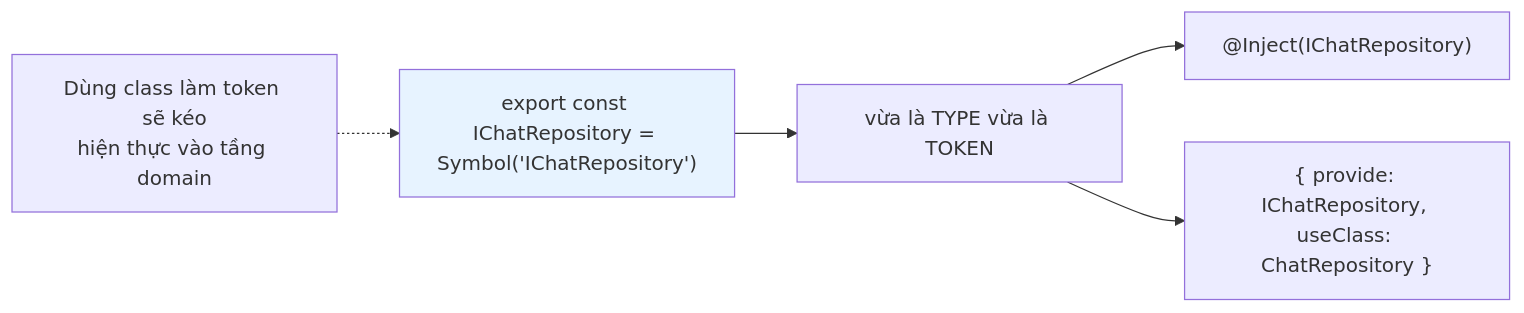
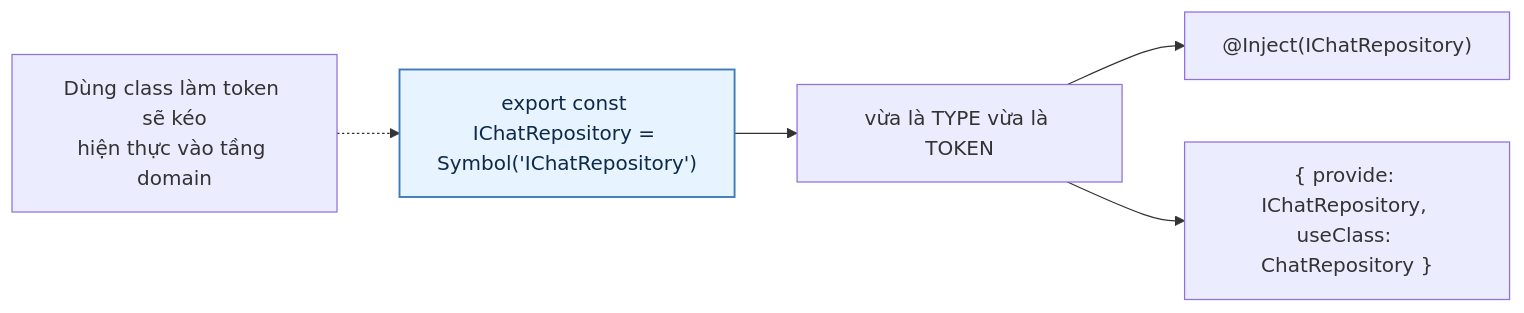
Before and after one commit to fdshn/trueheart: the second of 6 diagrams in docs/diagram/28-architecture.md, drawn with Mermaid. The commit also changed other lines of this file and 30 other files, not shown here.

First line of the commit message:
docs(diagram): chữ trong khối tô màu đọc được ở cả giao diện sáng và tối

````diff
--- a/docs/diagram/28-architecture.md
+++ b/docs/diagram/28-architecture.md
@@ -47,10 +47,10 @@
 ```mermaid
 flowchart LR
     A["export const IChatRepository = Symbol('IChatRepository')"] --> B["vừa là TYPE vừa là TOKEN"]
     B --> C["@Inject(IChatRepository)"]
     B --> D["{ provide: IChatRepository, useClass: ChatRepository }"]
 
     E["Dùng class làm token sẽ kéo<br/>hiện thực vào tầng domain"] -.-> A
 
-    style A fill:#e7f3ff
+    style A fill:#e7f3ff,stroke:#3d7ab8,stroke-width:1.5px,color:#0d2a4a
 ```
````
